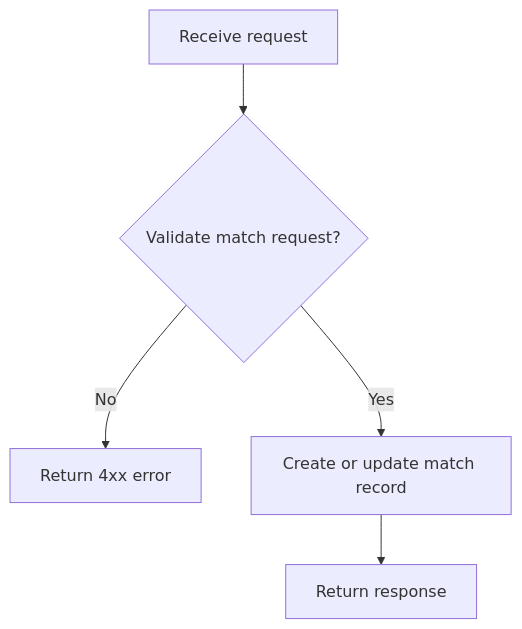
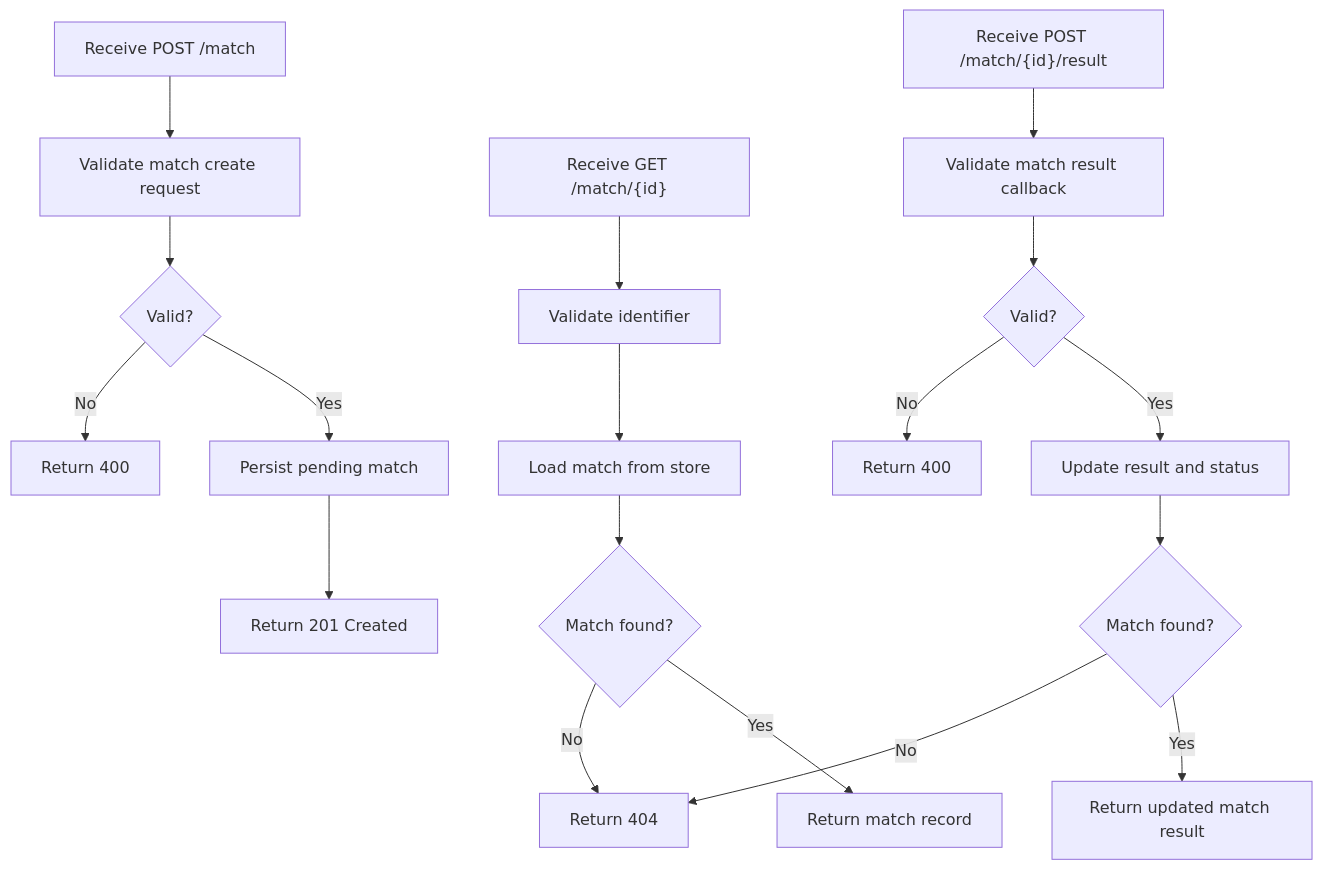
The fourth of 7 diagrams in docs/analysis-and-design.md (dpbL5/glicko2-matchmaking-system), drawn with Mermaid before and after one commit. The commit also changed other lines of this file and 1 other file, not shown here.

````diff
--- a/docs/analysis-and-design.md
+++ b/docs/analysis-and-design.md
@@ -319,7 +316,20 @@
 ```mermaid
 flowchart TD
-    A[Receive request] --> B{Validate match request?}
-    B -->|No| C[Return 4xx error]
-    B -->|Yes| D[Create or update match record]
-    D --> E[Return response]
+    A[Receive POST /match] --> B[Validate match create request]
+    B --> C{Valid?}
+    C -->|No| D[Return 400]
+    C -->|Yes| E[Persist pending match]
+    E --> F[Return 201 Created]
+    G["Receive GET /match/{id}"] --> H[Validate identifier]
+    H --> I[Load match from store]
+    I --> J{Match found?}
+    J -->|No| K[Return 404]
+    J -->|Yes| L[Return match record]
+    M["Receive POST /match/{id}/result"] --> N[Validate match result callback]
+    N --> O{Valid?}
+    O -->|No| P[Return 400]
+    O -->|Yes| Q[Update result and status]
+    Q --> R{Match found?}
+    R -->|No| K
+    R -->|Yes| S[Return updated match result]
 ```
````
